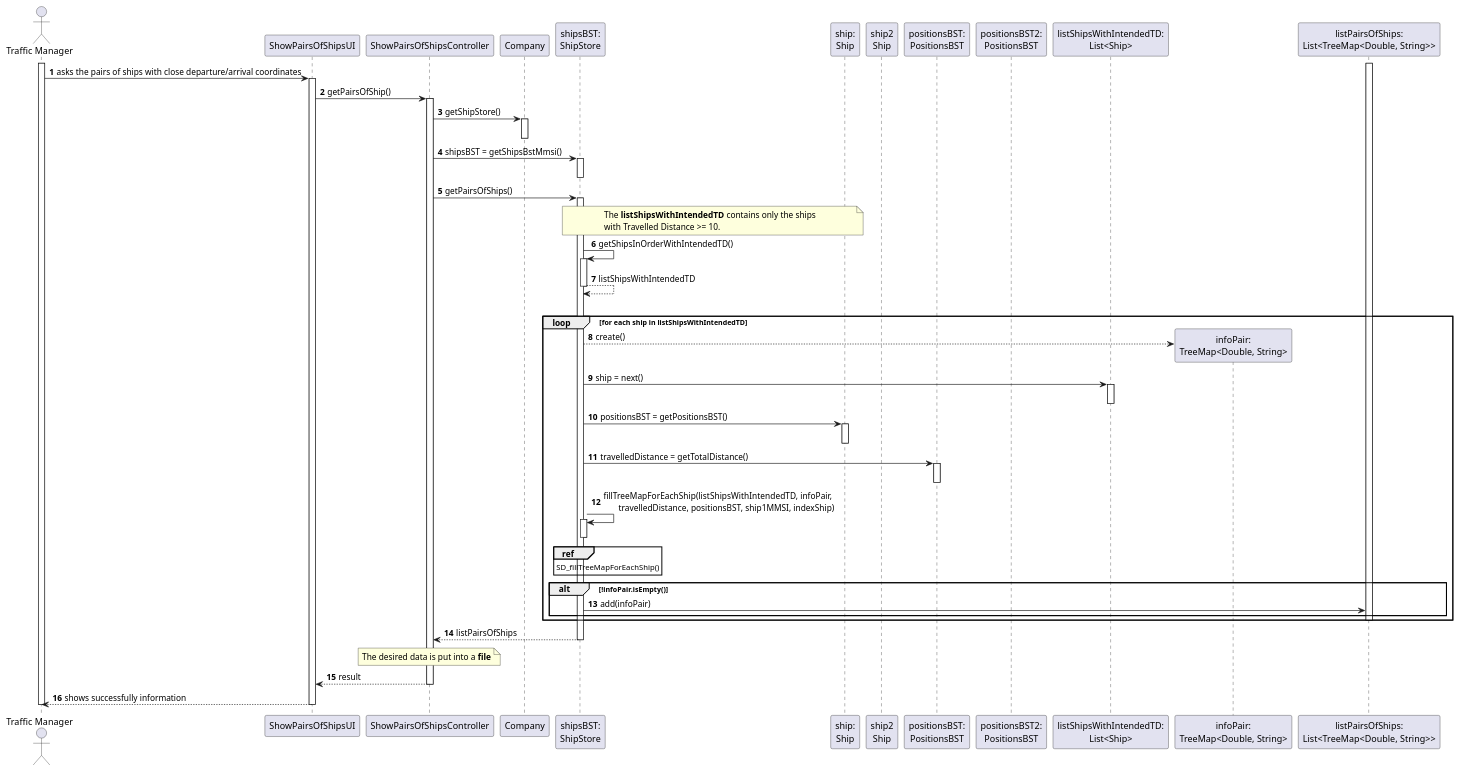
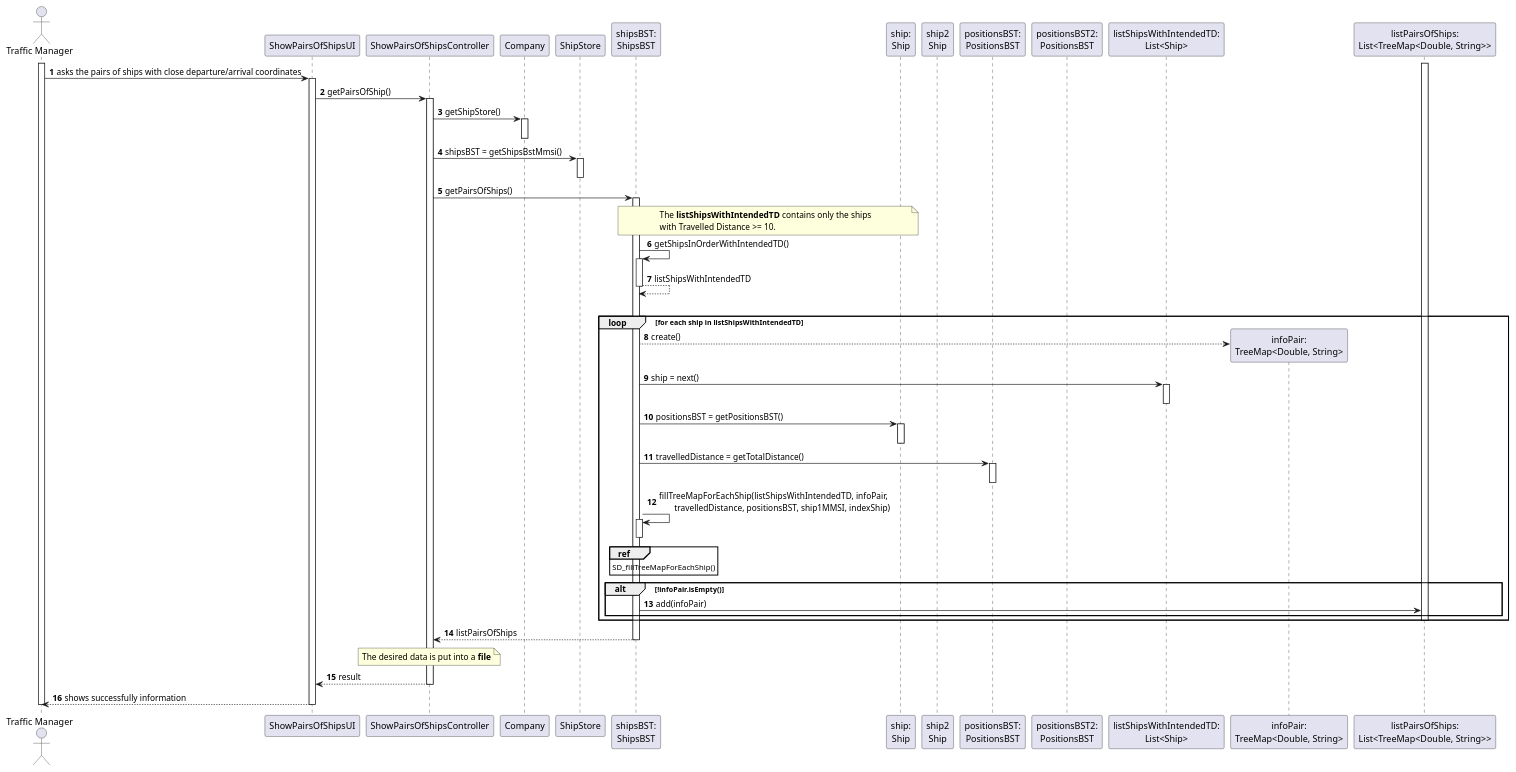
One commit to ana-albergaria/LAPR3-ISEP changed the diagram in docs/US107/US107_SD.puml. Above: the diagram before and after it, drawn with PlantUML. The commit also changed 5 other files, not shown here.

Commit message:
G54-3 #comment correcting SD diagram

```diff
--- a/docs/US107/US107_SD.puml
+++ b/docs/US107/US107_SD.puml
@@ -1,94 +1,95 @@
 @startuml
 
 
 autonumber
 actor "Traffic Manager" as TM
 
 participant "ShowPairsOfShipsUI" as UI
 participant "ShowPairsOfShipsController" as CTRL
 participant "Company" as COMP
-participant "shipsBST:\nShipStore" as BstShip
+participant "ShipStore" as SHIP_STORE
+participant "shipsBST:\nShipsBST" as BstShip
 participant "ship:\nShip" as S
 participant "ship2\nShip" as S2
 /'participant "ShipPosition" as SP'/
 participant "positionsBST:\nPositionsBST" as BstPosition
 participant "positionsBST2:\nPositionsBST" as BstPosition2
 participant "listShipsWithIntendedTD:\nList<Ship>" as ITERATOR
 participant "infoPair:\nTreeMap<Double, String>" as TREEMAP
 participant "listPairsOfShips:\nList<TreeMap<Double, String>>" as LIST
 
 
 activate TM
 TM -> "UI" : asks the pairs of ships with close departure/arrival coordinates
 activate "UI"
 UI -> CTRL : getPairsOfShip()
 activate CTRL
 CTRL -> COMP : getShipStore()
 activate COMP
 deactivate COMP
-CTRL -> BstShip : shipsBST = getShipsBstMmsi()
-activate BstShip
-deactivate BstShip
+CTRL -> SHIP_STORE : shipsBST = getShipsBstMmsi()
+activate SHIP_STORE
+deactivate SHIP_STORE
 CTRL -> BstShip : getPairsOfShips()
 /'decide what kind of list'/
 activate BstShip
 /'BstShip -> BstShip : listOfShips = inOrder() '/
 note over BstShip, S
 The **listShipsWithIntendedTD** contains only the ships
 with Travelled Distance >= 10.
 end note
 BstShip -> BstShip : getShipsInOrderWithIntendedTD()
 activate BstShip
 BstShip --> BstShip : listShipsWithIntendedTD
 deactivate BstShip
 |||
 loop for each ship in listShipsWithIntendedTD
 BstShip --> TREEMAP** : create()
 BstShip -> ITERATOR : ship = next()
 activate ITERATOR
 deactivate ITERATOR
 /'BstShip -> S : travelledDistance = getTravelledDistance()
 activate S
 deactivate S
 '/
 BstShip -> S : positionsBST = getPositionsBST()
 activate S
 deactivate S
 BstShip -> BstPosition : travelledDistance = getTotalDistance()
 activate BstPosition
 deactivate BstPosition
 BstShip -> BstShip : fillTreeMapForEachShip(listShipsWithIntendedTD, infoPair, \n       travelledDistance, positionsBST, ship1MMSI, indexShip)
 ref over BstShip
 SD_fillTreeMapForEachShip()
 end
 activate BstShip
 deactivate BstShip
 /'alteração alt em baixo: travelledDistance2 >= 10 em vez de > 10'/
 /'alt travelledDistance >= 10'/
 
 alt !infoPair.isEmpty()
 BstShip -> LIST : add(infoPair)
 end
 activate LIST
 deactivate LIST
 /'end'/
 end
 
 BstShip --> CTRL : listPairsOfShips
 deactivate BstShip
 note over CTRL
 The desired data is put into a **file**
 end note
 CTRL --> UI : result
 deactivate CTRL
 "UI" --> TM : shows successfully information
 
 deactivate "UI"
 
 
 
 
 
 deactivate TM
 
 @enduml
```
